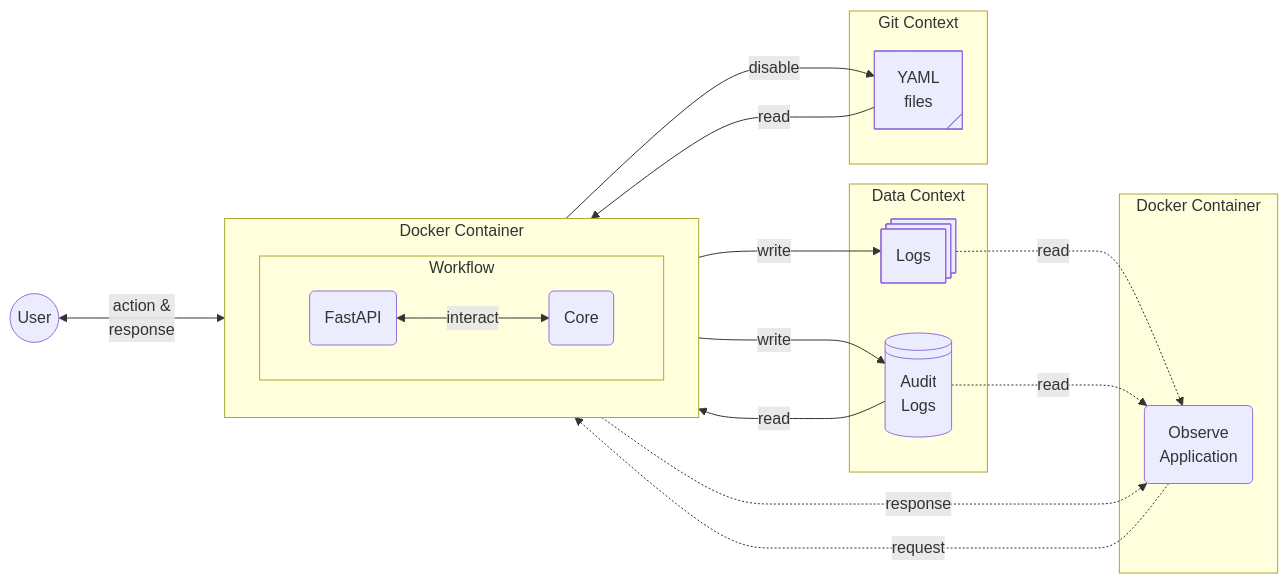
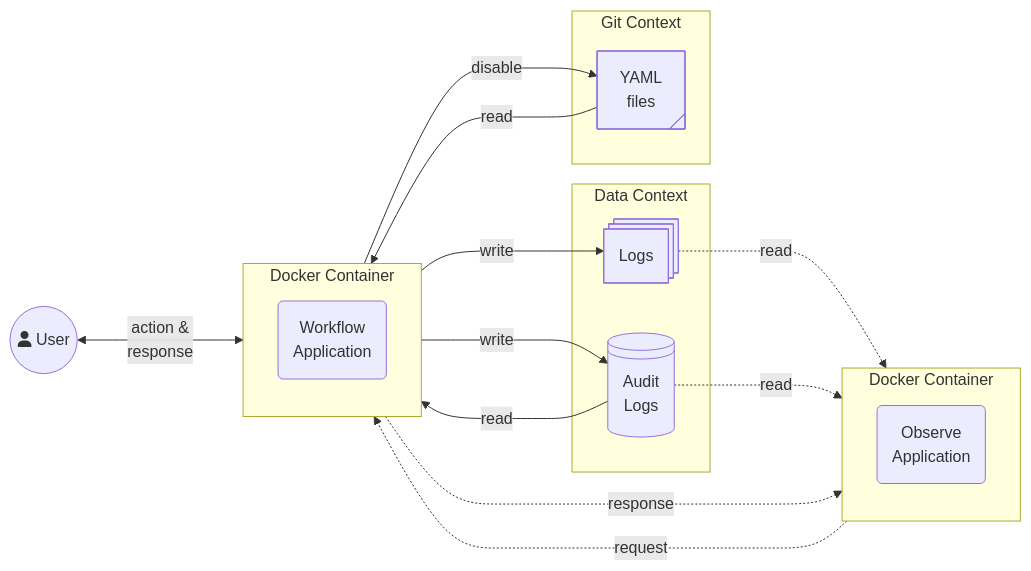
Before and after one commit to ddeutils/ddeutil-workflow: the diagram in README.md, drawn with Mermaid. The commit also changed other lines of this file and 1 other file, not shown here.

Commit message:
:page_facing_up: docs: update readme and index page.

````diff
--- a/README.md
+++ b/README.md
@@ -43,41 +43,37 @@
 ```mermaid
 flowchart LR
-    A((User))
+    A((fa:fa-user User))
+
     subgraph Docker Container
+        direction TB
         G@{ shape: rounded, label: "Observe<br>Application" }
     end
 
     subgraph Docker Container
         direction TB
-
-        subgraph wf [Workflow]
-            direction LR
-            B(FastAPI)
-            BE(Core)
-            B <--> |interact| BE
-        end
+        B@{ shape: rounded, label: "Workflow<br>Application" }
     end
 
     A <--->|action &<br>response| B
     B -....-> |response| G
     G -....-> |request| B
 
     subgraph Data Context
     D@{ shape: processes, label: "Logs" }
     E@{ shape: lin-cyl, label: "Audit<br>Logs" }
     end
 
     subgraph Git Context
     F@{ shape: tag-rect, label: "YAML<br>files" }
     end
 
-    BE --->|disable| F
-    F --->|read| BE
+    B --->|disable| F
+    F --->|read| B
 
-    BE --->|write| E
-    E --->|read| BE
-    BE --->|write| D
+    B --->|write| E
+    E --->|read| B
+    B --->|write| D
 
     D -.->|read| G
     E -.->|read| G
 ```
````
